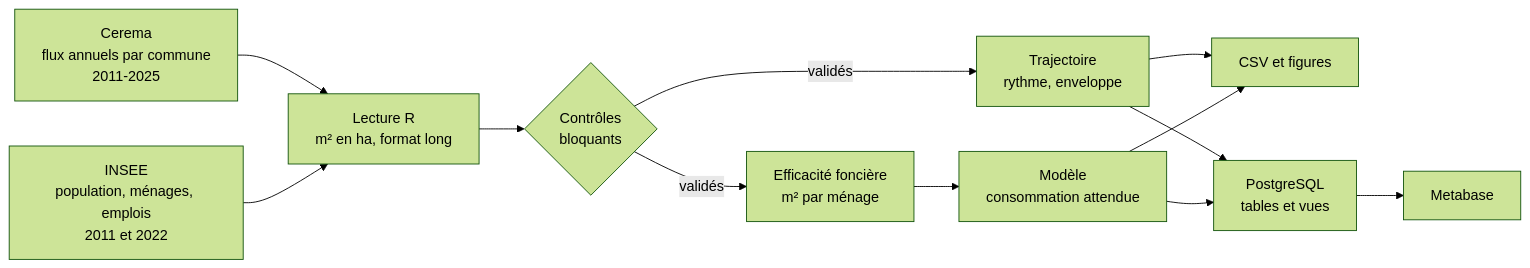
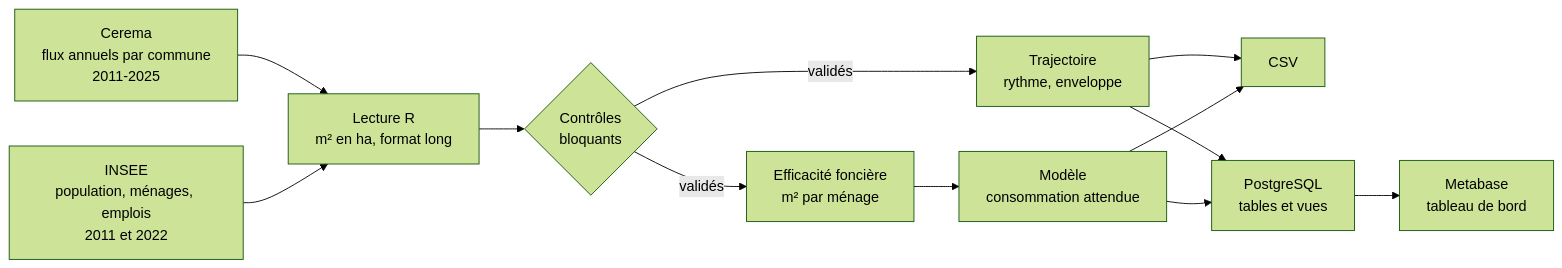
One commit to aymericmld/artificialisation-sols changed the diagram in README.md. Above: the diagram before and after it, drawn with Mermaid (forest theme). The commit also changed other lines of this file and 22 other files, not shown here.

First line of the commit message:
Tableau de bord Metabase refondu et publié en ligne

````diff
--- a/README.md
+++ b/README.md
@@ -24,14 +30,14 @@
 ```mermaid
 flowchart LR
     A["Cerema<br>flux annuels par commune<br>2011-2025"] --> C["Lecture R<br>m² en ha, format long"]
     B["INSEE<br>population, ménages, emplois<br>2011 et 2022"] --> C
     C --> D{"Contrôles<br>bloquants"}
     D -->|validés| E["Trajectoire<br>rythme, enveloppe"]
     D -->|validés| F["Efficacité foncière<br>m² par ménage"]
     F --> G["Modèle<br>consommation attendue"]
-    E --> H["CSV et figures"]
+    E --> H["CSV"]
     G --> H
     E --> I["PostgreSQL<br>tables et vues"]
     G --> I
-    I --> J["Metabase"]
+    I --> J["Metabase<br>tableau de bord"]
 ```
````
